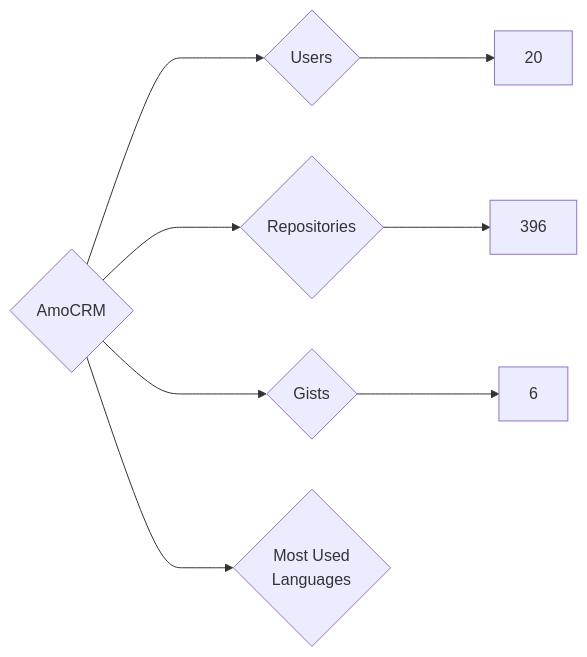
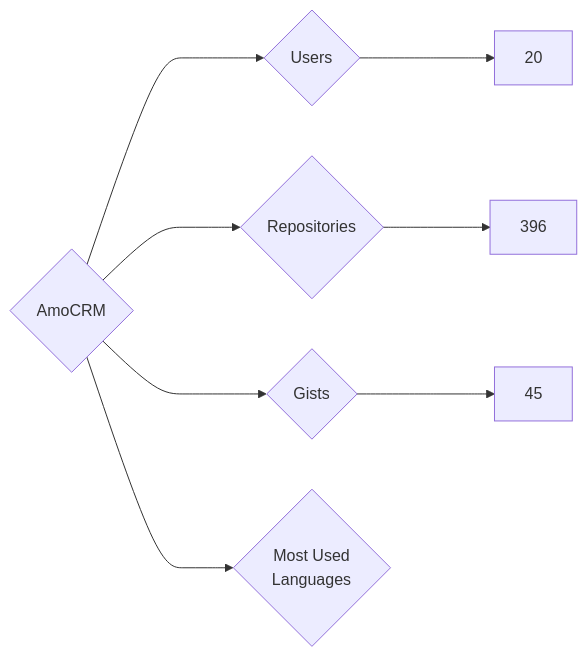
One commit to nenadzaric/insiders changed the diagram in targets/AmoCRM/README.md. Above: the diagram before and after it, drawn with Mermaid. The commit also changed 1342 other files, not shown here.

````diff
--- a/targets/AmoCRM/README.md
+++ b/targets/AmoCRM/README.md
@@ -3,8 +3,8 @@
 ```mermaid
 graph LR
 COMPANY_NAME{AmoCRM}
 COMPANY_NAME ---> U{Users} ---> UN[20]
 COMPANY_NAME ---> R{Repositories} ---> RN[396]
-COMPANY_NAME ---> G{Gists} ---> GN[6]
+COMPANY_NAME ---> G{Gists} ---> GN[45]
 COMPANY_NAME ---> ML{Most Used<br>Languages}
 ```
````
